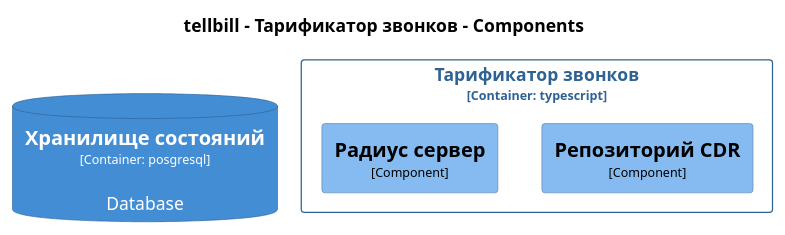
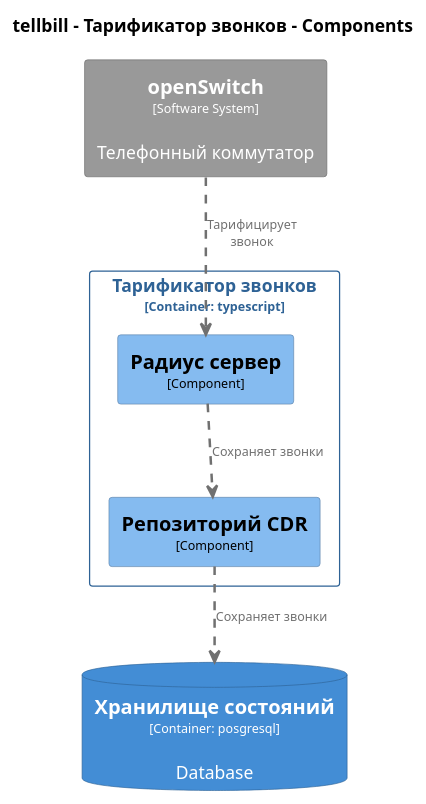
The diagram in docs/c4-dsl/plantuml/structurizr-Component_acc.puml (lfuuu/Diplom), drawn with PlantUML before and after one commit. The commit also changed 10 other files, not shown here.

```diff
--- a/docs/c4-dsl/plantuml/structurizr-Component_acc.puml
+++ b/docs/c4-dsl/plantuml/structurizr-Component_acc.puml
@@ -1,47 +1,57 @@
 @startuml
 set separator none
 title tellbill - Тарификатор звонков - Components
 
 top to bottom direction
 
 skinparam {
   arrowFontSize 10
   defaultTextAlignment center
   wrapWidth 200
   maxMessageSize 100
 }
 
 hide stereotype
 
+skinparam rectangle<<openSwitch>> {
+  BackgroundColor #999999
+  FontColor #ffffff
+  BorderColor #6b6b6b
+  shadowing false
+}
 skinparam rectangle<<tellbill.Тарификаторзвонков.Радиуссервер>> {
   BackgroundColor #85bbf0
   FontColor #000000
   BorderColor #5d82a8
   shadowing false
 }
 skinparam rectangle<<tellbill.Тарификаторзвонков.РепозиторийCDR>> {
   BackgroundColor #85bbf0
   FontColor #000000
   BorderColor #5d82a8
   shadowing false
 }
 skinparam database<<tellbill.Хранилищесостояний>> {
   BackgroundColor #438dd5
   FontColor #ffffff
   BorderColor #2e6295
   shadowing false
 }
 skinparam rectangle<<tellbill.Тарификаторзвонков>> {
   BorderColor #2e6295
   FontColor #2e6295
   shadowing false
 }
 
+rectangle "==openSwitch\n<size:10>[Software System]</size>\n\nТелефонный коммутатор" <<openSwitch>> as openSwitch
 database "==Хранилище состояний\n<size:10>[Container: posgresql]</size>\n\nDatabase" <<tellbill.Хранилищесостояний>> as tellbill.Хранилищесостояний
 
 rectangle "Тарификатор звонков\n<size:10>[Container: typescript]</size>" <<tellbill.Тарификаторзвонков>> {
   rectangle "==Репозиторий CDR\n<size:10>[Component]</size>" <<tellbill.Тарификаторзвонков.РепозиторийCDR>> as tellbill.Тарификаторзвонков.РепозиторийCDR
   rectangle "==Радиус сервер\n<size:10>[Component]</size>" <<tellbill.Тарификаторзвонков.Радиуссервер>> as tellbill.Тарификаторзвонков.Радиуссервер
 }
 
+tellbill.Тарификаторзвонков.Радиуссервер .[#707070,thickness=2].> tellbill.Тарификаторзвонков.РепозиторийCDR : "<color:#707070>Сохраняет звонки"
+tellbill.Тарификаторзвонков.РепозиторийCDR .[#707070,thickness=2].> tellbill.Хранилищесостояний : "<color:#707070>Сохраняет звонки"
+openSwitch .[#707070,thickness=2].> tellbill.Тарификаторзвонков.Радиуссервер : "<color:#707070>Тарифицирует звонок"
 @enduml
```
